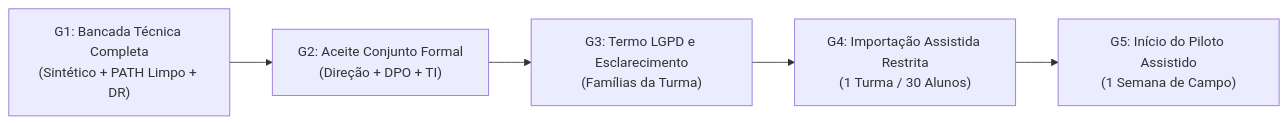
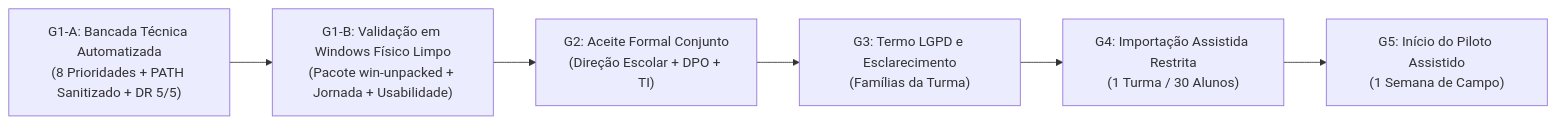
The diagram in perplexity/dossie_homologacao_h01_final.md (andrejrunb/-quila-pro-v-1.0.0), drawn with Mermaid before and after one commit. The commit also changed other lines of this file and 12 other files, not shown here.

````diff
--- a/perplexity/dossie_homologacao_h01_final.md
+++ b/perplexity/dossie_homologacao_h01_final.md
@@ -110,7 +119,8 @@
 ```mermaid
 flowchart LR
-    G1["G1: Bancada Técnica Completa<br/>(Sintético + PATH Limpo + DR)"] --> G2["G2: Aceite Conjunto Formal<br/>(Direção + DPO + TI)"]
+    G1A["G1-A: Bancada Técnica Automatizada<br/>(8 Prioridades + PATH Sanitizado + DR 5/5)"] --> G1B["G1-B: Validação em Windows Físico Limpo<br/>(Pacote win-unpacked + Jornada + Usabilidade)"]
+    G1B --> G2["G2: Aceite Formal Conjunto<br/>(Direção Escolar + DPO + TI)"]
     G2 --> G3["G3: Termo LGPD e Esclarecimento<br/>(Famílias da Turma)"]
     G3 --> G4["G4: Importação Assistida Restrita<br/>(1 Turma / 30 Alunos)"]
     G4 --> G5["G5: Início do Piloto Assistido<br/>(1 Semana de Campo)"]
 ```
````
